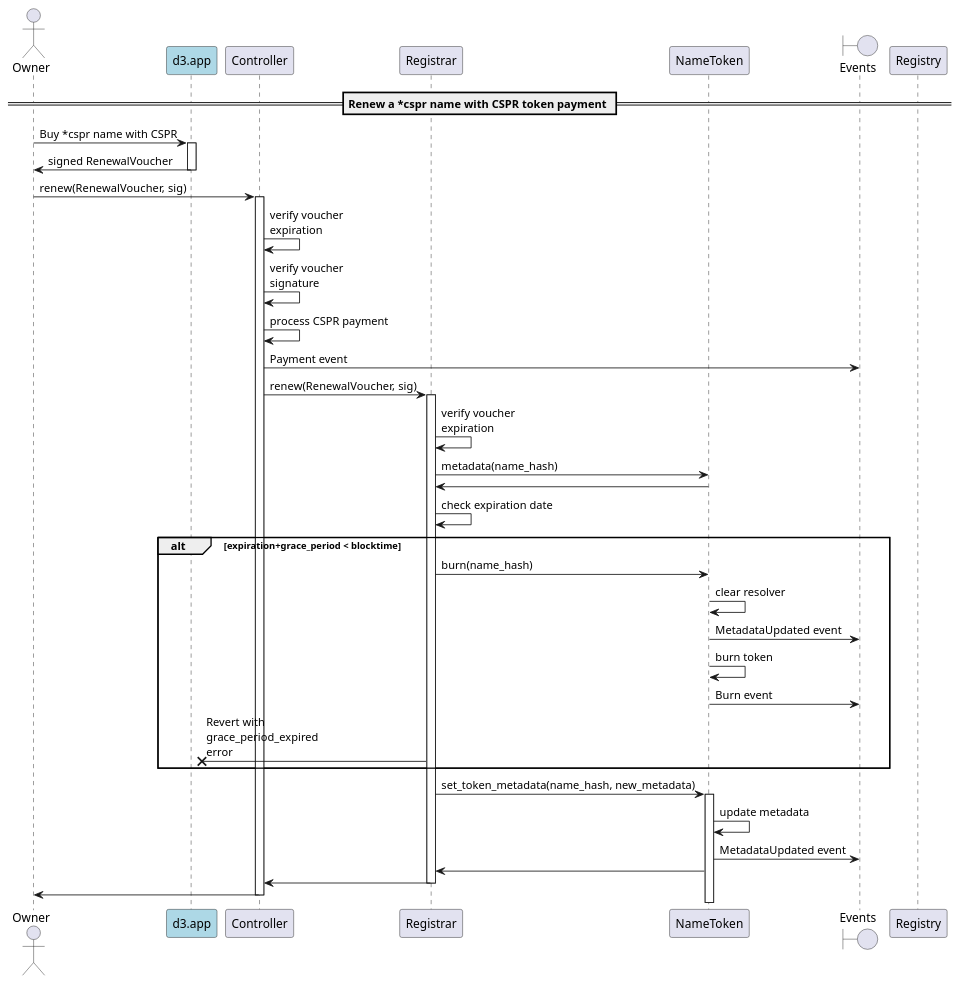
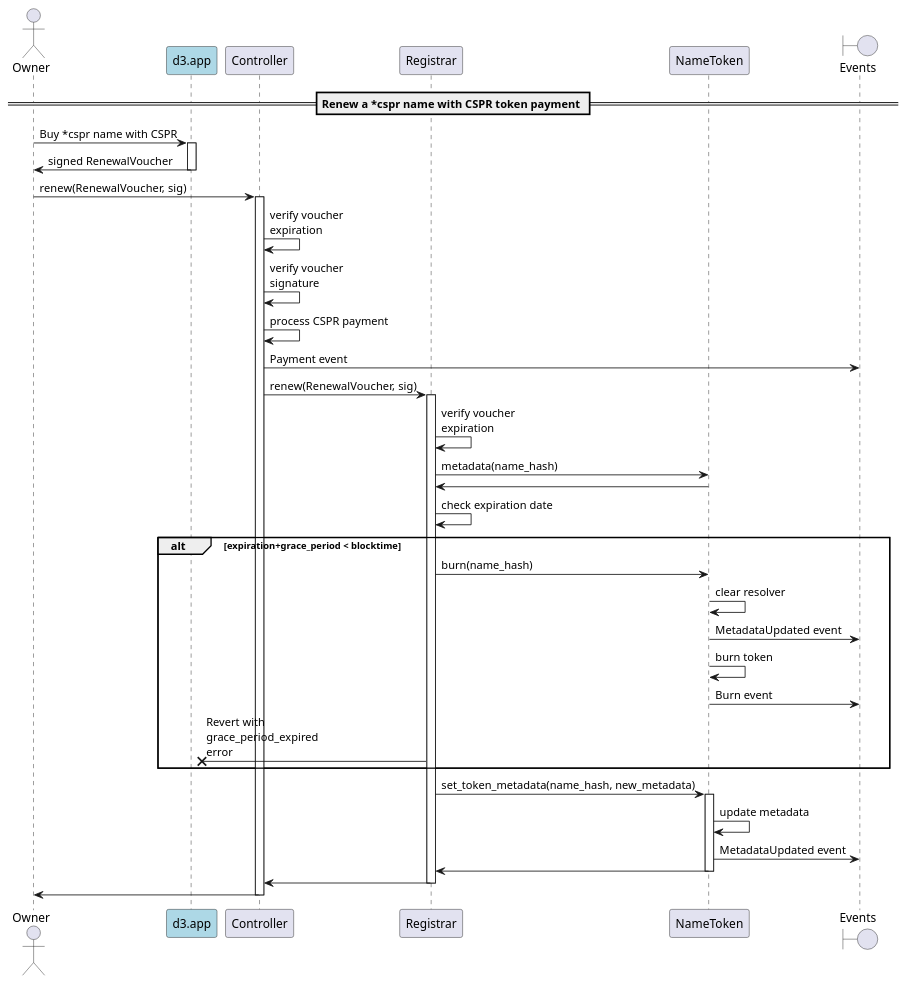
One commit to make-software/cspr-name-contracts changed the diagram in docs/sequence-diagrams/puml/onchain-renewal.puml. Above: the diagram before and after it, drawn with PlantUML. The commit also changed 9 other files, not shown here.

Commit message:
Renamed Registry contract with NameToken in the sequence diagrams. (part 3)

```diff
--- a/docs/sequence-diagrams/puml/onchain-renewal.puml
+++ b/docs/sequence-diagrams/puml/onchain-renewal.puml
@@ -1,50 +1,50 @@
 @startuml
 'https://plantuml.com/sequence-diagram
 
 'autonumber
 actor Owner
 participant "d3.app" as d3 #lightblue
 participant "Controller"
 participant "Registrar"
 participant "NameToken"
 boundary "Events"
 
 == Renew a *cspr name with CSPR token payment ==
 
 Owner -> d3: Buy *cspr name with CSPR
 activate d3
 d3 -> Owner: signed RenewalVoucher
 deactivate d3
 
 Owner -> Controller: renew(RenewalVoucher, sig)
 activate Controller
 Controller -> Controller: verify voucher\nexpiration
 Controller -> Controller: verify voucher\nsignature
 Controller -> Controller: process CSPR payment
 Controller -> "Events": Payment event
 Controller -> Registrar: renew(RenewalVoucher, sig)
 activate Registrar
 Registrar -> Registrar: verify voucher\nexpiration
 Registrar -> NameToken: metadata(name_hash)
 NameToken -> Registrar
 Registrar -> Registrar: check expiration date
 alt expiration+grace_period < blocktime
     Registrar -> NameToken: burn(name_hash)
     NameToken -> NameToken: clear resolver
     NameToken -> "Events": MetadataUpdated event
     NameToken -> NameToken: burn token
     NameToken -> "Events": Burn event
     Registrar ->x d3: Revert with\ngrace_period_expired\nerror
 end
 Registrar -> NameToken: set_token_metadata(name_hash, new_metadata)
 activate NameToken
 NameToken -> NameToken: update metadata
 NameToken -> "Events": MetadataUpdated event
 NameToken -> Registrar
-deactivate Registry
+deactivate NameToken
 Registrar -> Controller
 deactivate Registrar
 Controller -> Owner
 deactivate Controller
 
 @enduml
```
